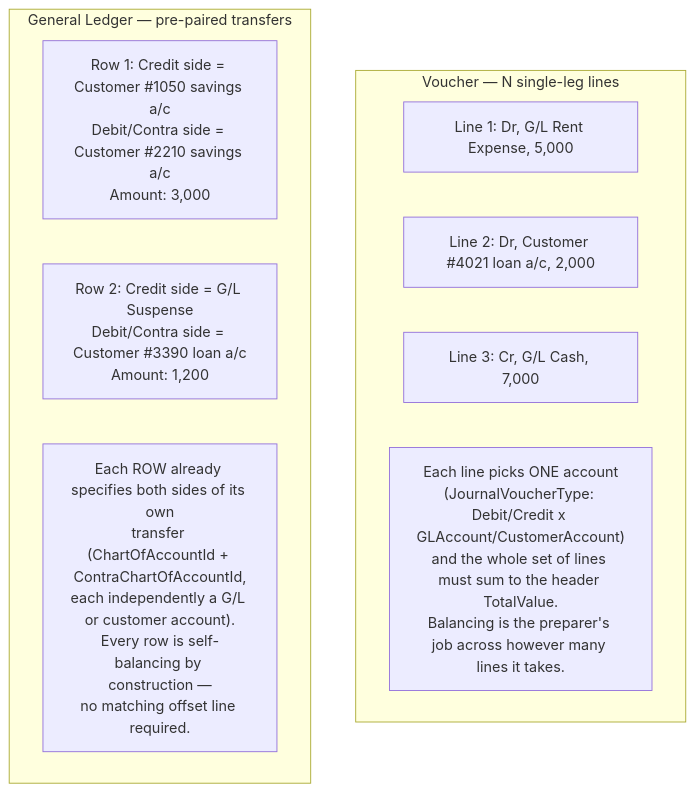
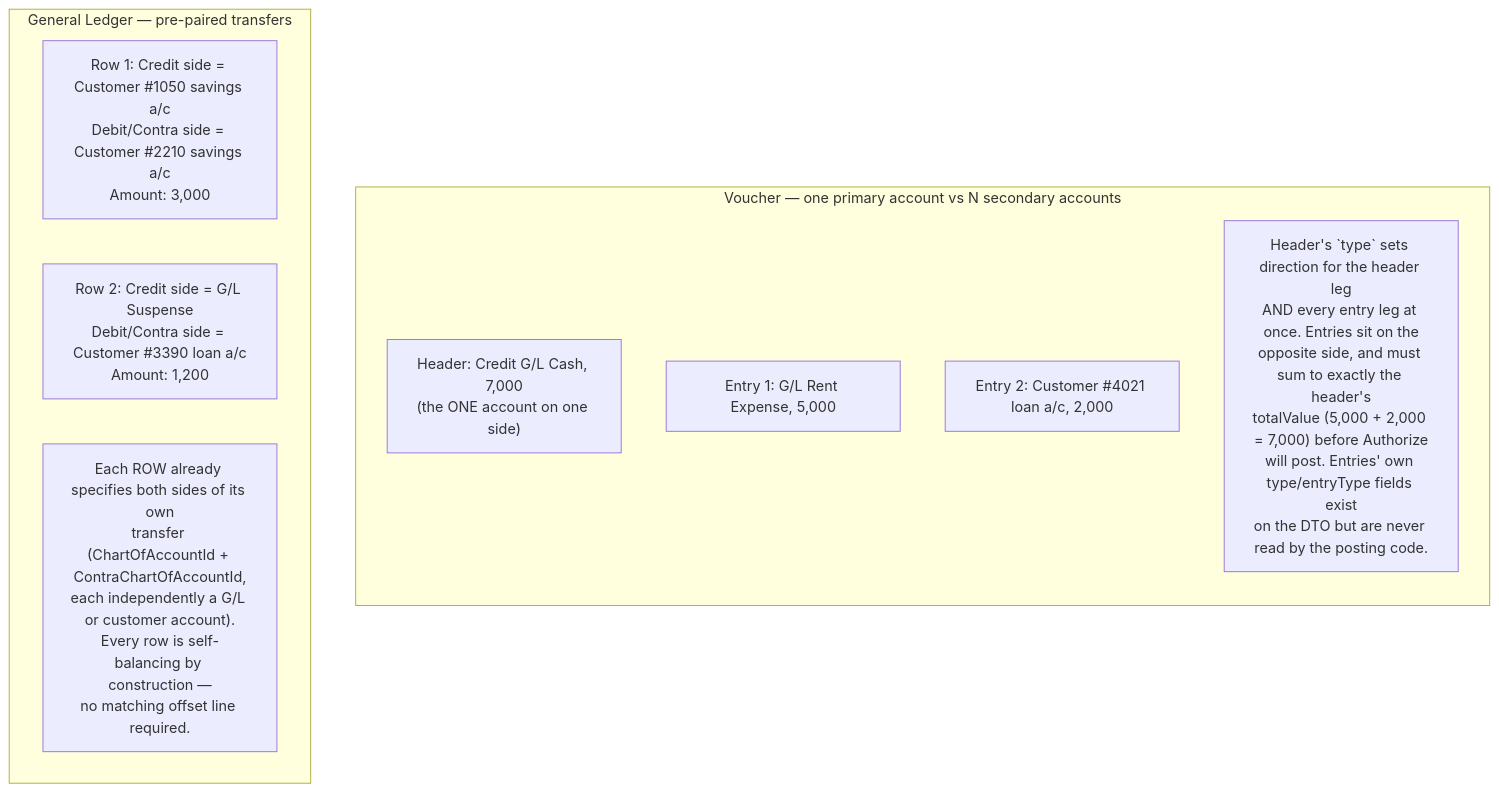
One commit to calvince-swizzsoft/Swift-Financials-FOSA changed the third of 3 diagrams in WebApplication1/Areas/Accounts/BATCH-PROCEDURES-CONCEPTS.md. Above: the diagram before and after it, drawn with Mermaid. The commit also changed other lines of this file and 6 other files, not shown here.

First line of the commit message:
Add Journal Voucher API; correct Voucher shape in concepts doc

````diff
--- a/WebApplication1/Areas/Accounts/BATCH-PROCEDURES-CONCEPTS.md
+++ b/WebApplication1/Areas/Accounts/BATCH-PROCEDURES-CONCEPTS.md
@@ -176,17 +201,17 @@
 ```mermaid
 flowchart TD
-    subgraph VoucherShape["Voucher — N single-leg lines"]
-        direction LR
-        VL1["Line 1: Dr, G/L Rent Expense, 5,000"]
-        VL2["Line 2: Dr, Customer #4021 loan a/c, 2,000"]
-        VL3["Line 3: Cr, G/L Cash, 7,000"]
-        VNote["Each line picks ONE account\n(JournalVoucherType: Debit/Credit x GLAccount/CustomerAccount)\nand the whole set of lines must sum to the header TotalValue.\nBalancing is the preparer's job across however many lines it takes."]
+    subgraph VoucherShape["Voucher — one primary account vs N secondary accounts"]
+        direction TB
+        VH["Header: Credit G/L Cash, 7,000\n(the ONE account on one side)"]
+        VL1["Entry 1: G/L Rent Expense, 5,000"]
+        VL2["Entry 2: Customer #4021 loan a/c, 2,000"]
+        VNote["Header's `type` sets direction for the header leg\nAND every entry leg at once. Entries sit on the\nopposite side, and must sum to exactly the header's\ntotalValue (5,000 + 2,000 = 7,000) before Authorize\nwill post. Entries' own type/entryType fields exist\non the DTO but are never read by the posting code."]
     end
 
     subgraph GLShape["General Ledger — pre-paired transfers"]
         direction LR
         GL1["Row 1: Credit side = Customer #1050 savings a/c\nDebit/Contra side = Customer #2210 savings a/c\nAmount: 3,000"]
         GL2["Row 2: Credit side = G/L Suspense\nDebit/Contra side = Customer #3390 loan a/c\nAmount: 1,200"]
         GLNote["Each ROW already specifies both sides of its own\ntransfer (ChartOfAccountId + ContraChartOfAccountId,\neach independently a G/L or customer account).\nEvery row is self-balancing by construction —\nno matching offset line required."]
     end
 ```
````
